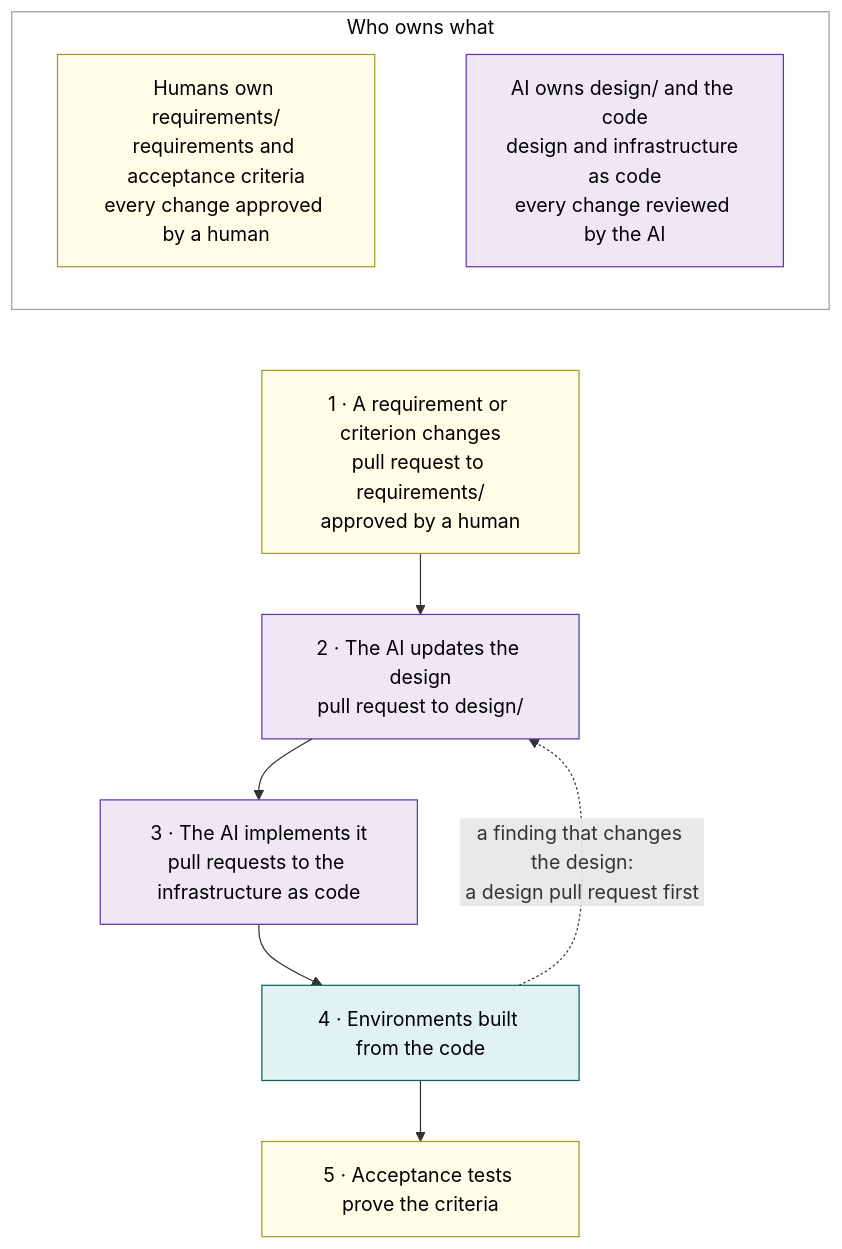
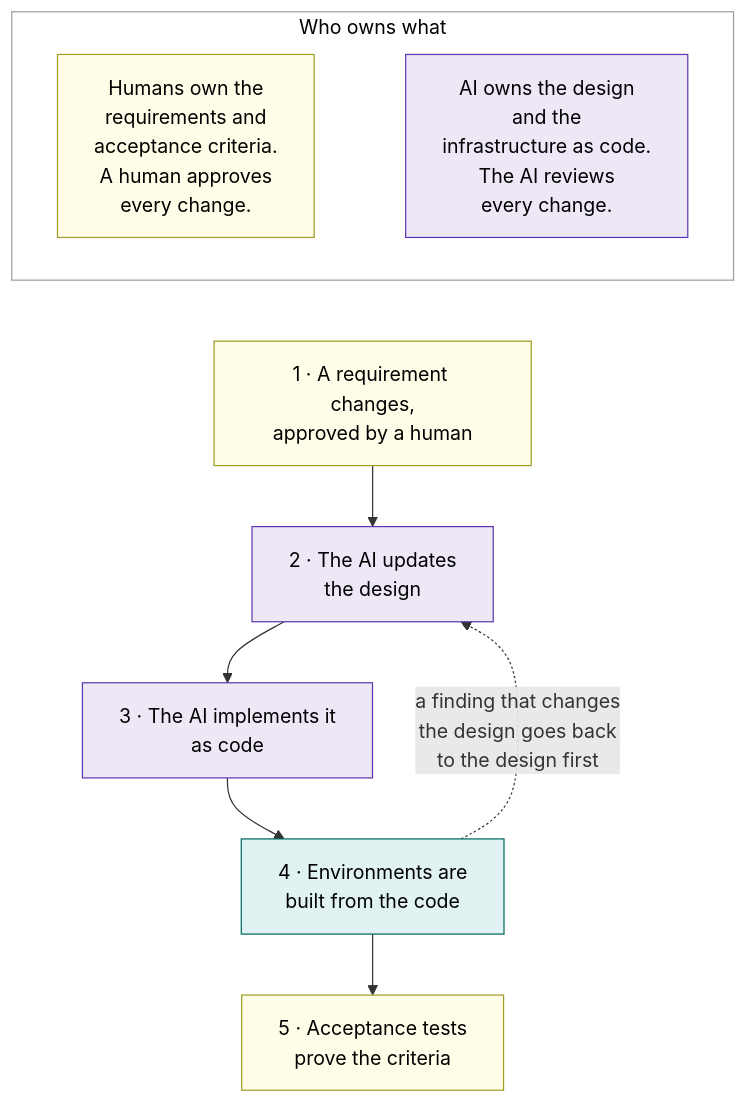
Before and after one commit to onek8s/onek8s.github.io: the diagram in diagrams/0.1-how-we-work.mmd, drawn with Mermaid. The commit also changed 57 other files, not shown here.

```diff
--- a/diagrams/0.1-how-we-work.mmd
+++ b/diagrams/0.1-how-we-work.mmd
@@ -1,28 +1,28 @@
 %% How we work: humans own the requirements and acceptance criteria, AI owns the design and the infrastructure as code.
 %% Every change needs the other side's approval: a human approves requirements/, the AI reviewer reviews design/.
 flowchart TB
     subgraph OWN["Who owns what"]
         direction LR
-        h_own["Humans own requirements/<br/>requirements and acceptance criteria<br/>every change approved by a human"]
-        a_own["AI owns design/ and the code<br/>design and infrastructure as code<br/>every change reviewed by the AI"]
+        h_own["Humans own the<br/>requirements and<br/>acceptance criteria.<br/>A human approves<br/>every change."]
+        a_own["AI owns the design<br/>and the<br/>infrastructure as code.<br/>The AI reviews<br/>every change."]
         h_own ~~~ a_own
     end
 
-    req["1 · A requirement or criterion changes<br/>pull request to requirements/<br/>approved by a human"]
-    des["2 · The AI updates the design<br/>pull request to design/"]
-    iac["3 · The AI implements it<br/>pull requests to the infrastructure as code"]
-    env["4 · Environments built from the code"]
-    acc["5 · Acceptance tests prove the criteria"]
+    req["1 · A requirement changes,<br/>approved by a human"]
+    des["2 · The AI updates<br/>the design"]
+    iac["3 · The AI implements it<br/>as code"]
+    env["4 · Environments are<br/>built from the code"]
+    acc["5 · Acceptance tests<br/>prove the criteria"]
 
     OWN ~~~ req
     req --> des --> iac --> env --> acc
-    env -.->|"a finding that changes the design:<br/>a design pull request first"| des
+    env -.->|"a finding that changes<br/>the design goes back<br/>to the design first"| des
 
     classDef human fill:#fffde7,stroke:#9e9d24,color:#000
     classDef ai fill:#ede7f6,stroke:#5e35b1,color:#000
     classDef run fill:#e0f2f1,stroke:#00695c,color:#000
     classDef legend fill:#ffffff,stroke:#9e9e9e,color:#000
     class h_own,req,acc human
     class a_own,des,iac ai
     class env run
     class OWN legend
```
